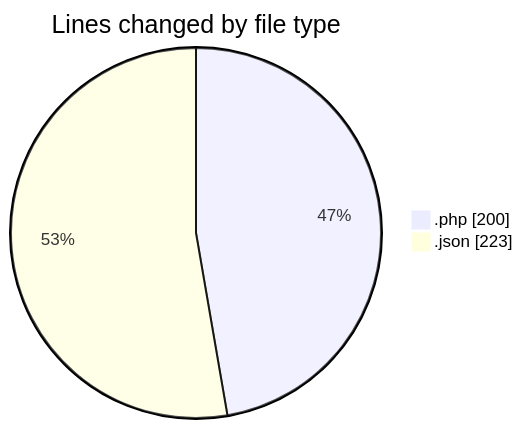
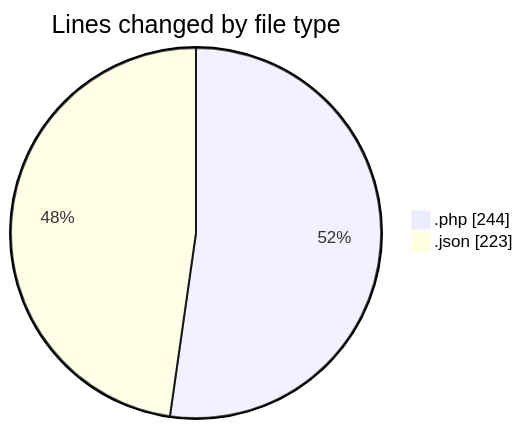
The first of 2 diagrams in 2025-03-27/autodidak/README.md (idhammustaqopulfikri/code-tracking), drawn with Mermaid before and after one commit. The commit also changed other lines of this file and 1 other file, not shown here.

````diff
--- a/2025-03-27/autodidak/README.md
+++ b/2025-03-27/autodidak/README.md
@@ -23,6 +24,6 @@
 ```mermaid
 pie showData
 title Lines changed by file type
-".php" : 200
+".php" : 244
 ".json" : 223
 ```
````
